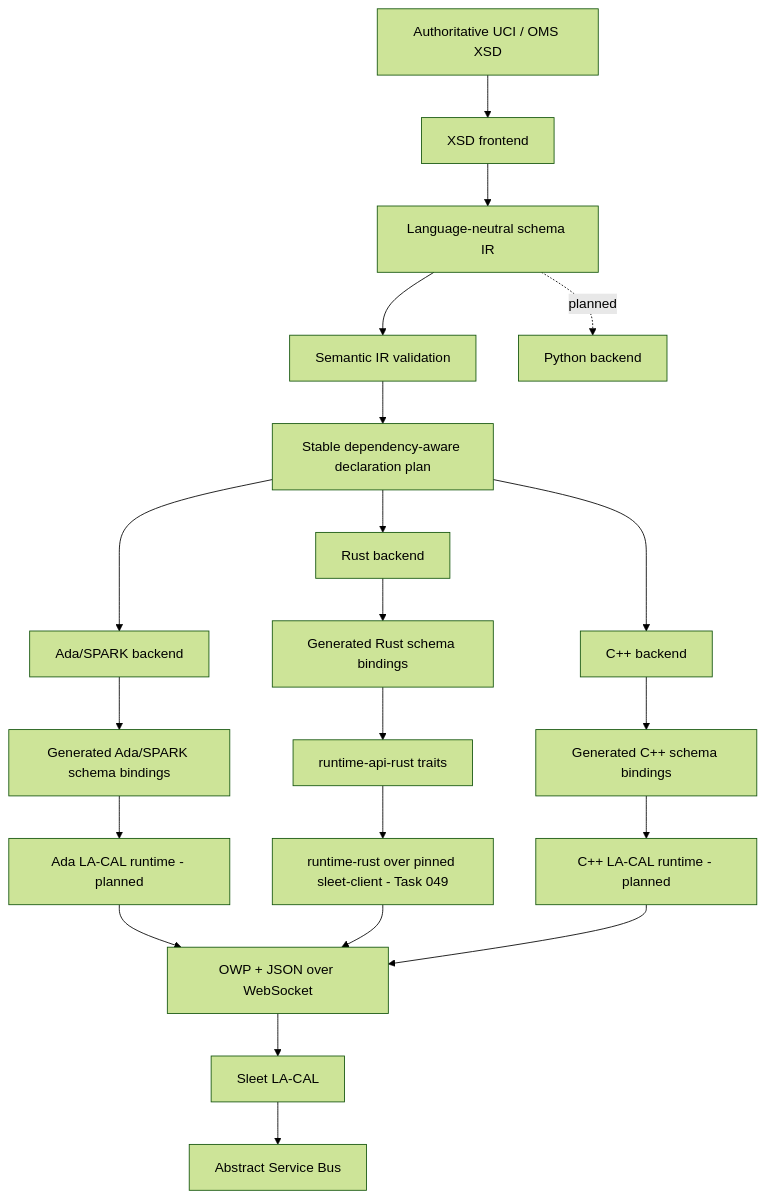
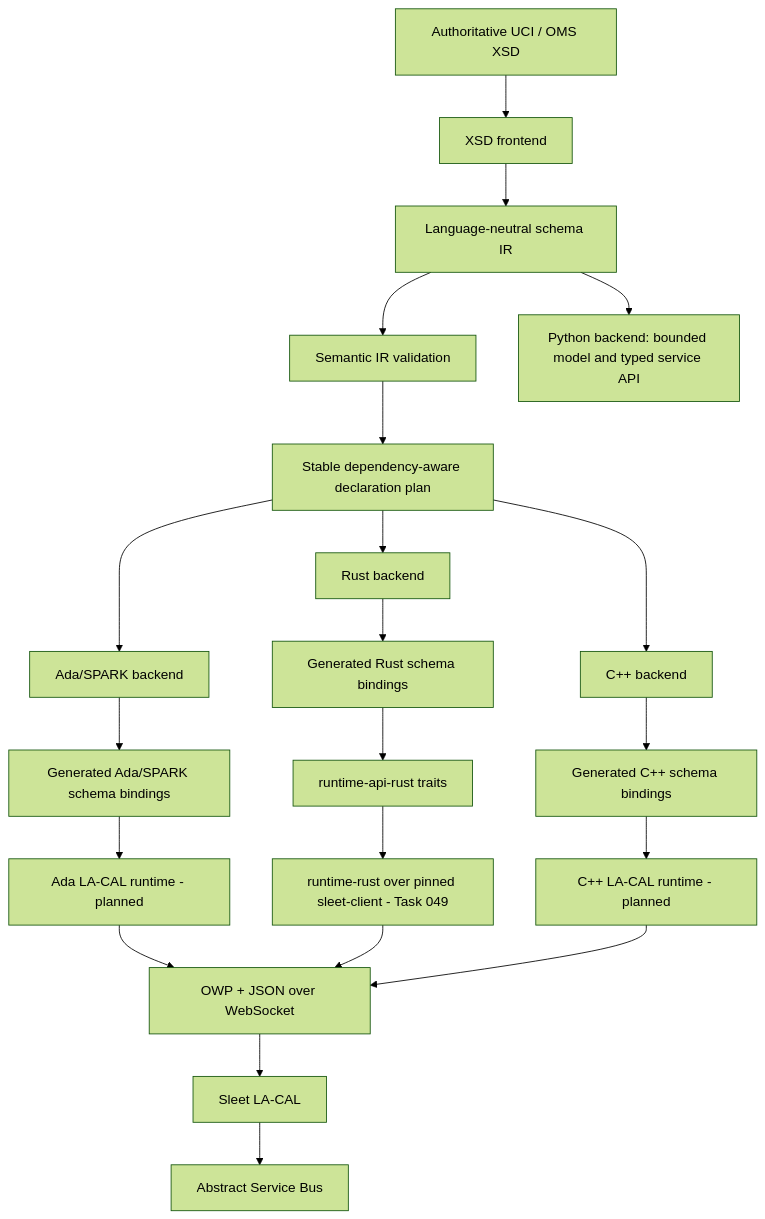
The diagram in docs/architecture.md (zackboll/ams-gra-codegen-oms), drawn with Mermaid (forest theme) before and after one commit. The commit also changed other lines of this file and 18 other files, not shown here.

Commit message:
feat(python): qualify selected services and generate typed adapter facade (PY-003)

````diff
--- a/docs/architecture.md
+++ b/docs/architecture.md
@@ -68,26 +68,26 @@
 ```mermaid
 flowchart TD
     XSD[Authoritative UCI / OMS XSD] --> FE[XSD frontend]
     FE --> IR[Language-neutral schema IR]
     IR --> VALIDATE[Semantic IR validation]
     VALIDATE --> PLAN[Stable dependency-aware declaration plan]
     PLAN --> ADA[Ada/SPARK backend]
     PLAN --> RUST[Rust backend]
     PLAN --> CPP[C++ backend]
-    IR -. planned .-> PY[Python backend]
+    IR --> PY[Python backend: bounded model and typed service API]
 
     ADA --> AG[Generated Ada/SPARK schema bindings]
     RUST --> RG[Generated Rust schema bindings]
     CPP --> CG[Generated C++ schema bindings]
 
     AG --> AR[Ada LA-CAL runtime - planned]
     RG --> RAPI[runtime-api-rust traits]
     RAPI --> RR[runtime-rust over pinned sleet-client - Task 049]
     CG --> CR[C++ LA-CAL runtime - planned]
 
     AR --> OWP[OWP + JSON over WebSocket]
     RR --> OWP
     CR --> OWP
     OWP --> SLEET[Sleet LA-CAL]
     SLEET --> ASB[Abstract Service Bus]
 ```
````
